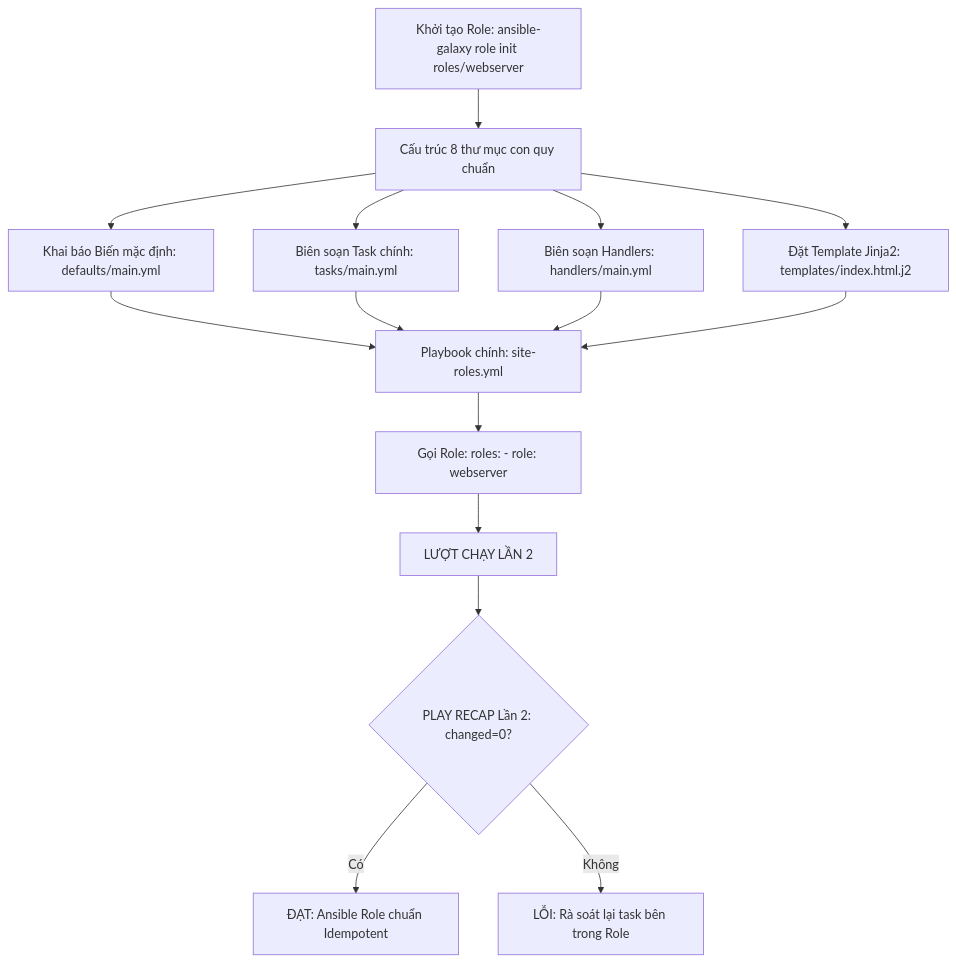
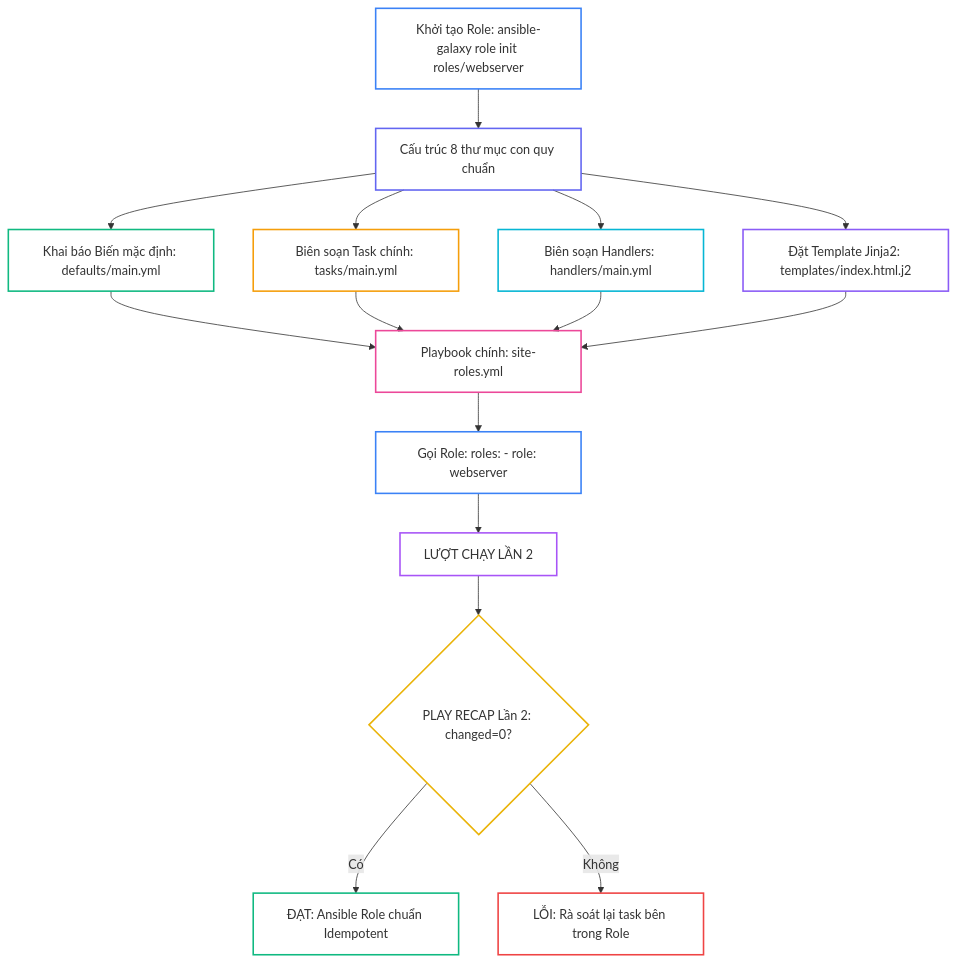
The second of 3 diagrams in _posts/2026-09-13-ansible-14-14-roles-basics.md (kiennt308/ntk), drawn with Mermaid before and after one commit. The commit also changed other lines of this file and 30 other files, not shown here.

````diff
--- a/_posts/2026-09-13-ansible-14-14-roles-basics.md
+++ b/_posts/2026-09-13-ansible-14-14-roles-basics.md
@@ -324,19 +334,32 @@
 ```mermaid
 flowchart TD
     A["Khởi tạo Role: ansible-galaxy role init roles/webserver"] --> B["Cấu trúc 8 thư mục con quy chuẩn"]
     B --> C["Khai báo Biến mặc định: defaults/main.yml"]
     B --> D["Biên soạn Task chính: tasks/main.yml"]
     B --> E["Biên soạn Handlers: handlers/main.yml"]
     B --> F["Đặt Template Jinja2: templates/index.html.j2"]
     
     C --> G["Playbook chính: site-roles.yml"]
     D --> G
     E --> G
     F --> G
     
     G --> H["Gọi Role: roles: - role: webserver"]
     H --> I["LƯỢT CHẠY LẦN 2"]
     I --> J{"PLAY RECAP Lần 2: changed=0?"}
-    J -- Có --> K["ĐẠT: Ansible Role chuẩn Idempotent"]
-    J -- Không --> L["LỖI: Rà soát lại task bên trong Role"]
+    J -->|"Có"| K["ĐẠT: Ansible Role chuẩn Idempotent"]
+    J -->|"Không"| L["LỖI: Rà soát lại task bên trong Role"]
+
+    style A fill:none,stroke:#3b82f6,stroke-width:2px
+    style B fill:none,stroke:#6366f1,stroke-width:2px
+    style C fill:none,stroke:#10b981,stroke-width:2px
+    style D fill:none,stroke:#f59e0b,stroke-width:2px
+    style E fill:none,stroke:#06b6d4,stroke-width:2px
+    style F fill:none,stroke:#8b5cf6,stroke-width:2px
+    style G fill:none,stroke:#ec4899,stroke-width:2px
+    style H fill:none,stroke:#3b82f6,stroke-width:2px
+    style I fill:none,stroke:#a855f7,stroke-width:2px
+    style J fill:none,stroke:#eab308,stroke-width:2px
+    style K fill:none,stroke:#10b981,stroke-width:2px
+    style L fill:none,stroke:#ef4444,stroke-width:2px
 ```
````
